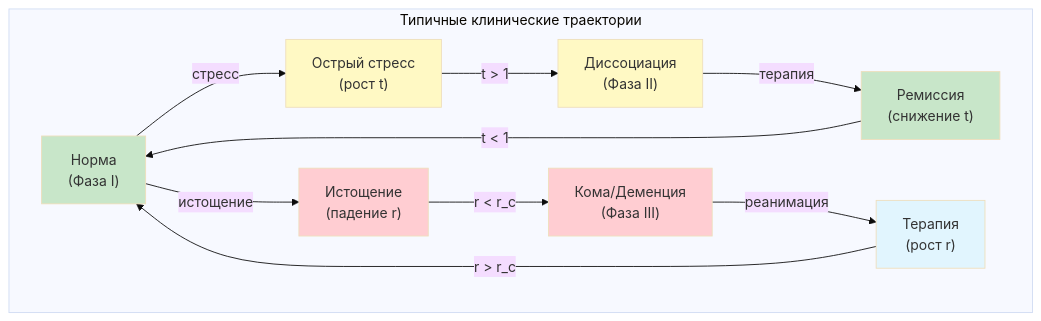
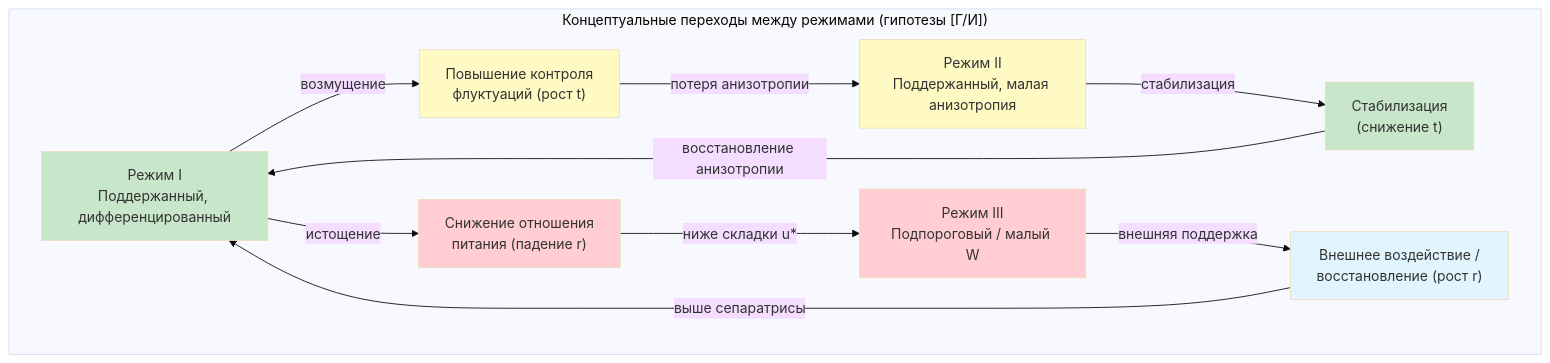
One commit to gst-st/uhm changed the second of 2 diagrams in website/i18n/ru/docusaurus-plugin-content-docs/current/applied/coherence-cybernetics/phase-diagram-cc.md. Above: the diagram before and after it, drawn with Mermaid (base theme). The commit also changed other lines of this file and 376 other files, not shown here.

First line of the commit message:
Refactor UHM canon, decontaminate architecture, and verify EN/RU parity

````diff
--- a/website/i18n/ru/docusaurus-plugin-content-docs/current/applied/coherence-cybernetics/phase-diagram-cc.md
+++ b/website/i18n/ru/docusaurus-plugin-content-docs/current/applied/coherence-cybernetics/phase-diagram-cc.md
@@ -448,29 +300,29 @@
 ```mermaid
 graph TD
-    subgraph "Типичные клинические траектории"
-        N["Норма<br/>(Фаза I)"]
-        S["Острый стресс<br/>(рост t)"]
-        D["Диссоциация<br/>(Фаза II)"]
-        R["Ремиссия<br/>(снижение t)"]
-        E["Истощение<br/>(падение r)"]
-        C["Кома/Деменция<br/>(Фаза III)"]
-        T["Терапия<br/>(рост r)"]
+    subgraph "Концептуальные переходы между режимами (гипотезы [Г/И])"
+        N["Режим I<br/>Поддержанный, дифференцированный"]
+        S["Повышение контроля<br/>флуктуаций (рост t)"]
+        D["Режим II<br/>Поддержанный, малая анизотропия"]
+        R["Стабилизация<br/>(снижение t)"]
+        E["Снижение отношения<br/>питания (падение r)"]
+        C["Режим III<br/>Подпороговый / малый W"]
+        T["Внешнее воздействие /<br/>восстановление (рост r)"]
 
-        N -->|"стресс"| S
-        S -->|"t > 1"| D
-        D -->|"терапия"| R
-        R -->|"t < 1"| N
+        N -->|"возмущение"| S
+        S -->|"потеря анизотропии"| D
+        D -->|"стабилизация"| R
+        R -->|"восстановление анизотропии"| N
         N -->|"истощение"| E
-        E -->|"r < r_c"| C
-        C -->|"реанимация"| T
-        T -->|"r > r_c"| N
+        E -->|"ниже складки u*"| C
+        C -->|"внешняя поддержка"| T
+        T -->|"выше сепаратрисы"| N
     end
 
     style N fill:#c8e6c9
     style D fill:#fff9c4
     style C fill:#ffcdd2
     style S fill:#fff9c4
     style R fill:#c8e6c9
     style E fill:#ffcdd2
     style T fill:#e1f5fe
 ```
````
